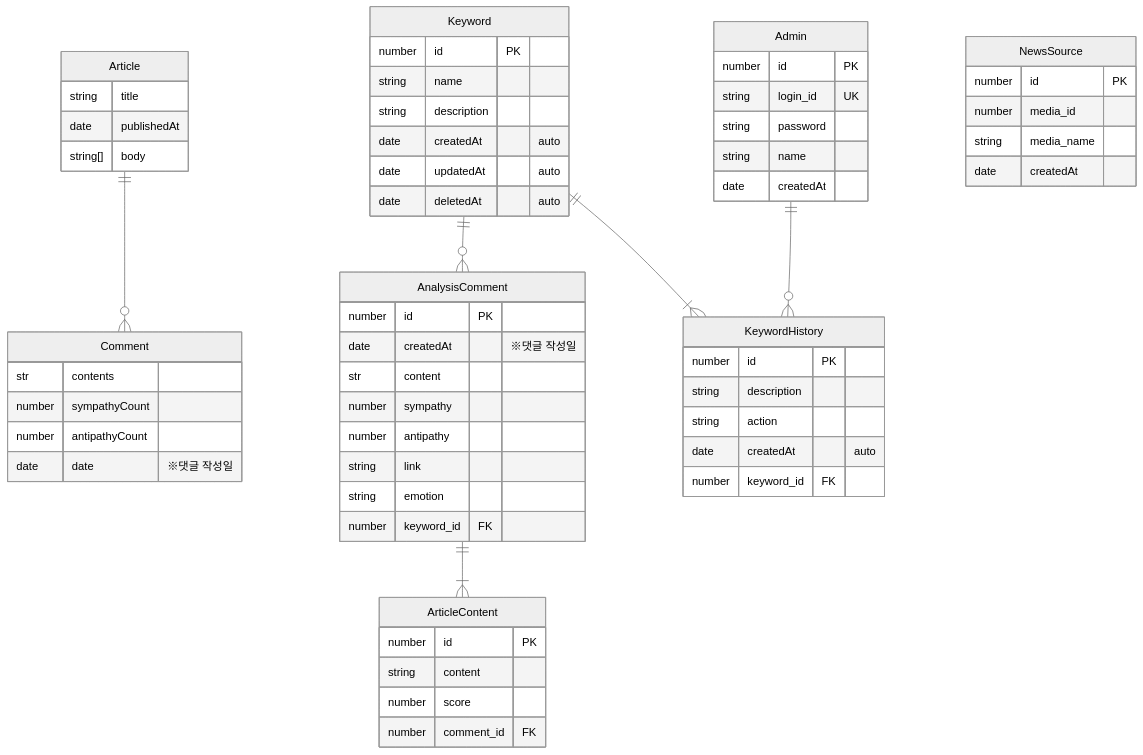
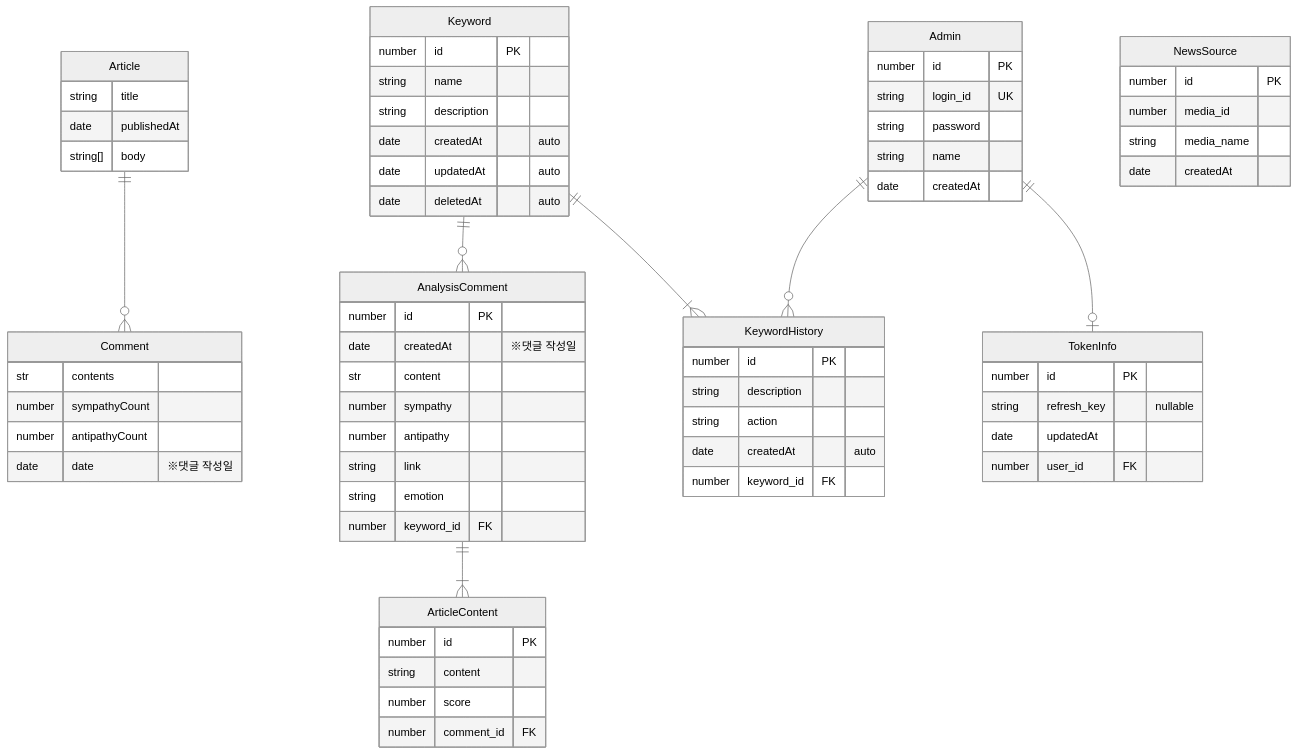
One commit to CSID-DGU/2023-02-CECD2-4 changed the diagram in backend/docs/ERD.md. Above: the diagram before and after it, drawn with Mermaid (neutral theme). The commit also changed other lines of this file, not shown here.

Commit message:
docs: tokenInfo ER 문서에에 반영

````diff
--- a/backend/docs/ERD.md
+++ b/backend/docs/ERD.md
@@ -3,68 +3,75 @@
 ```mermaid
 erDiagram
     Comment {
       str contents
       number sympathyCount
       number antipathyCount
       date date "※댓글 작성일"
     }
 
     Article {
       string title
       date publishedAt
       string[] body
     }
 
     AnalysisComment {
       number id PK
       date createdAt "※댓글 작성일"
       str content
       number sympathy
       number antipathy
       string link
       string emotion
       number keyword_id FK
     }
 
     ArticleContent {
       number id PK
       string content
       number score
       number comment_id FK
     }
     
     Keyword {
       number id PK
       string name
       string description
       date createdAt "auto"
       date updatedAt "auto"
       date deletedAt "auto"
     }
 
     KeywordHistory {
       number id PK
       string description
       string action
       date createdAt "auto"
       number keyword_id FK
     }
     Admin {
       number id PK
       string login_id UK
       string password
       string name
       date createdAt
     }
+    TokenInfo {
+      number id PK
+      string refresh_key "nullable"
+      date updatedAt
+      number user_id FK
+    }
     NewsSource {
       number id PK
       number media_id
       string media_name
       date createdAt
     }
+    Admin ||--o| TokenInfo: ""
     Admin ||--o{ KeywordHistory: ""
     Article ||--o{ Comment: ""
     Keyword ||--o{ AnalysisComment: ""
     Keyword ||--|{ KeywordHistory: ""
     AnalysisComment ||--|{ ArticleContent: ""
 ```
````
